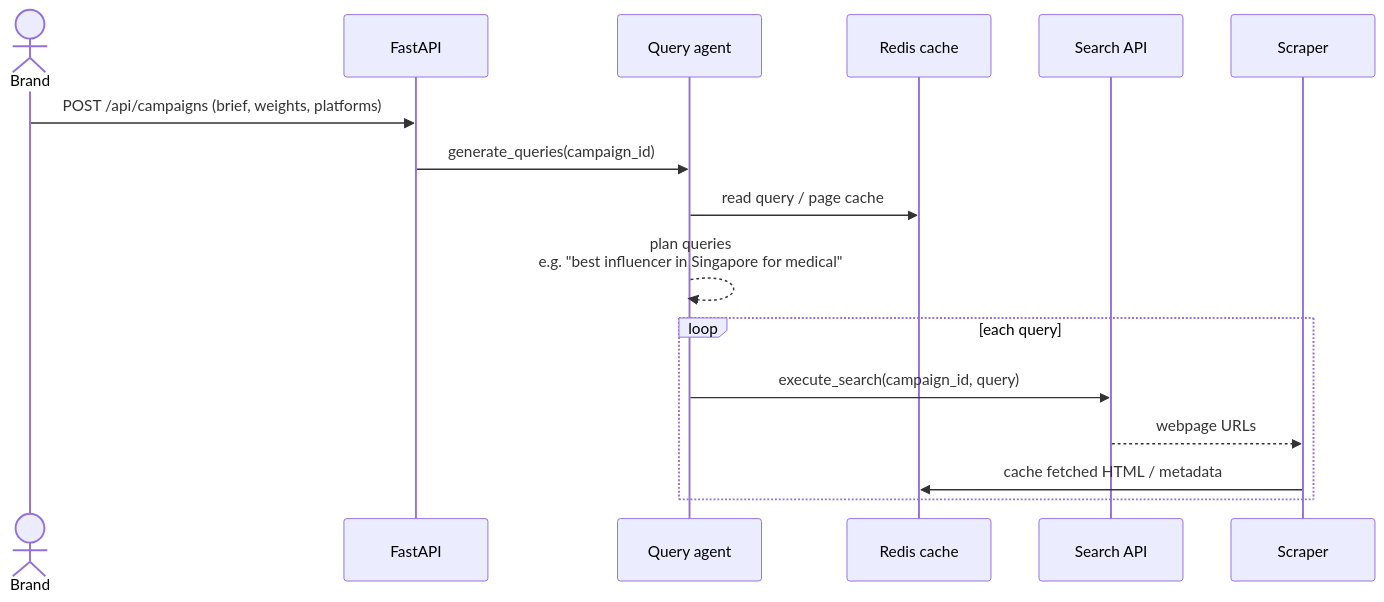
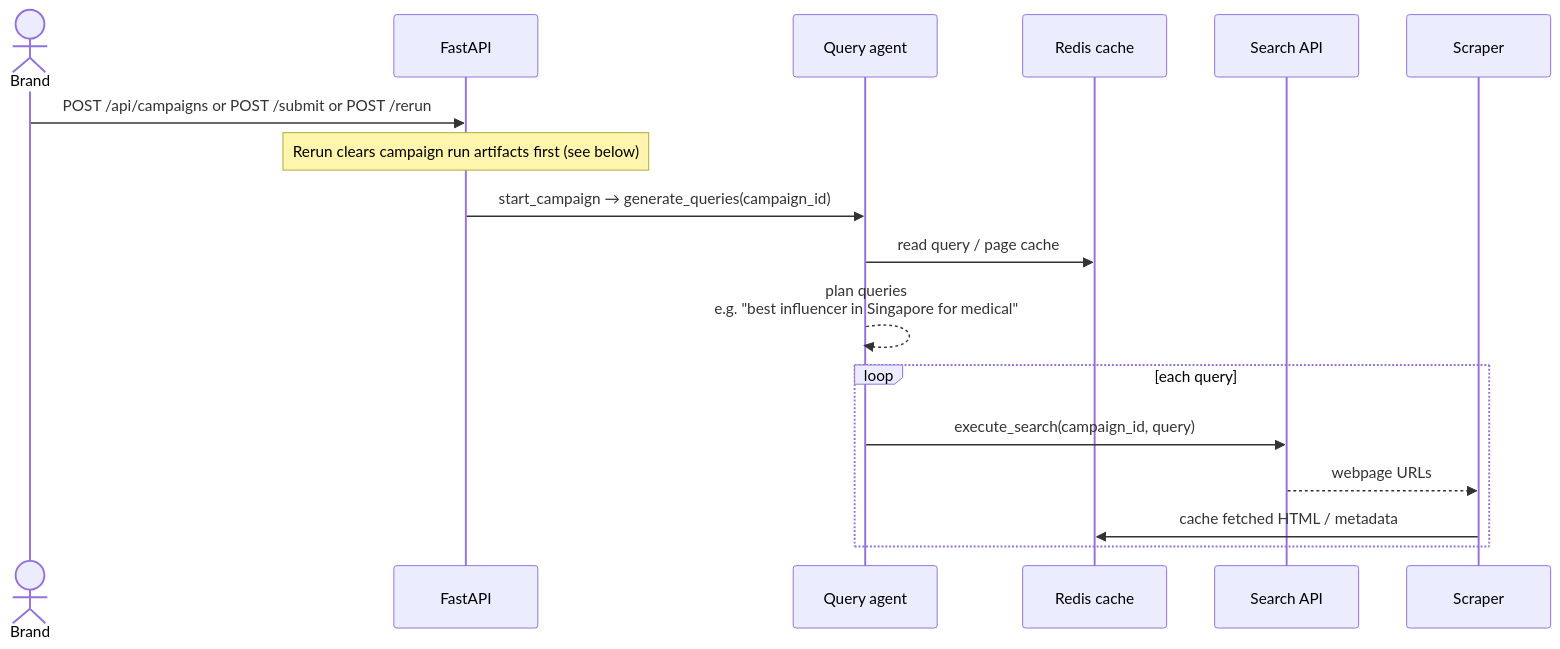
Before and after one commit to md-tonmoy007/InfluenceIQ: the second of 11 diagrams in docs/pipeline-flow-architecture.md, drawn with Mermaid. The commit also changed other lines of this file and 1 other file, not shown here.

First line of the commit message:
Enhance documentation for campaign rerun functionality

````diff
--- a/docs/pipeline-flow-architecture.md
+++ b/docs/pipeline-flow-architecture.md
@@ -75,19 +85,20 @@
 ```mermaid
 sequenceDiagram
     actor Brand
     participant API as FastAPI
     participant QA as Query agent
     participant Cache as Redis cache
     participant Search as Search API
     participant Crawl as Scraper
 
-    Brand->>API: POST /api/campaigns (brief, weights, platforms)
-    API->>QA: generate_queries(campaign_id)
+    Brand->>API: POST /api/campaigns or POST /submit or POST /rerun
+    Note over API: Rerun clears campaign run artifacts first (see below)
+    API->>QA: start_campaign → generate_queries(campaign_id)
     QA->>Cache: read query / page cache
     QA-->>QA: plan queries<br/>e.g. "best influencer in Singapore for medical"
     loop each query
         QA->>Search: execute_search(campaign_id, query)
         Search-->>Crawl: webpage URLs
         Crawl->>Cache: cache fetched HTML / metadata
     end
 ```
````
